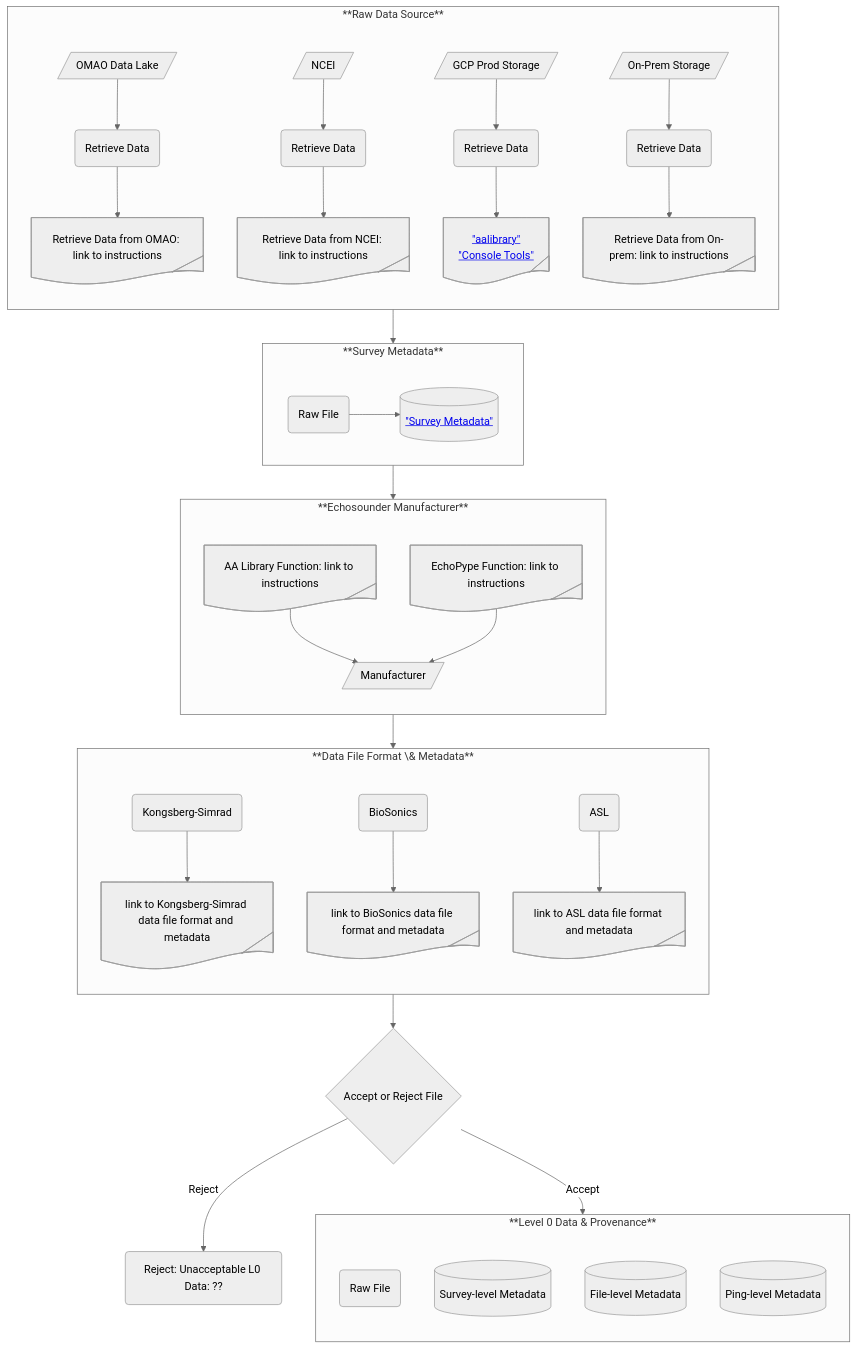
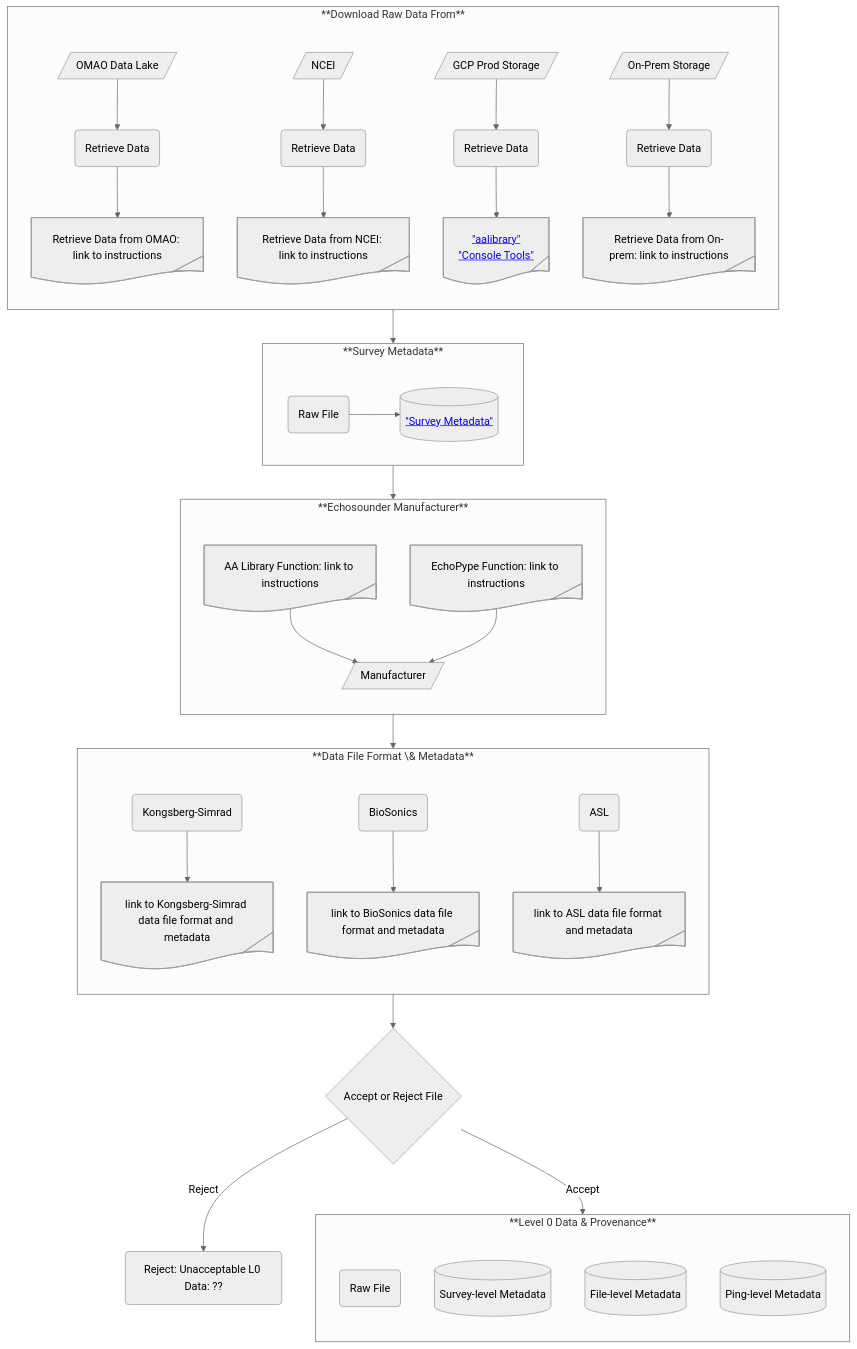
Before and after one commit to nmfs-ost/AA-SI_DataRoadMap: the first of 5 diagrams in README.md, drawn with Mermaid (neutral theme). The commit also changed other lines of this file, not shown here.

Commit message:
Add data level -1

````diff
--- a/README.md
+++ b/README.md
@@ -77,45 +83,45 @@
 ```mermaid
 ---
 config:
     flowchart:
         subGraphTitleMargin:
             "bottom": 30
 ---
 flowchart TB
-    subgraph SG_L0_DataSource["**Raw Data Source**"]
+    subgraph SG_L0_DataSource["**Download Raw Data From**"]
         direction TB
         node_L0_SrcOMAO@{shape: lean-r, label: "OMAO Data Lake"} --> node_L0_RTROMAO@{ shape: rounded, label: "Retrieve Data" } --> node_L0_OMAO@{ shape: tag-doc, label: "Retrieve Data from OMAO: link to instructions" }
         node_L0_SrcNCEI@{shape: lean-r, label: "NCEI"} --> node_L0_RTRNCEI@{ shape: rounded, label: "Retrieve Data" } --> node_L0_NCEI@{ shape: tag-doc, label: "Retrieve Data from NCEI: link to instructions" }
         node_L0_SrcGCP@{shape: lean-r, label: "GCP Prod Storage"} --> node_L0_RTRGCP@{ shape: rounded, label: "Retrieve Data" } --> node_L0_GCP@{ shape: tag-doc, label: <a href="https://nmfs-ost.github.io/AA-SI_aalibrary/documentation/aalibrary" target="_blank"> "aalibrary"</a><br> <a href="https://github.com/nmfs-ost/AA-SI_ConsoleTools" target="_blank"> "Console Tools" </a> }
         node_L0_SrcOP@{shape: lean-r, label: "On-Prem Storage"} --> node_L0_RTROP@{ shape: rounded, label: "Retrieve Data" } --> node_L0_OP@{ shape: tag-doc, label: "Retrieve Data from On-prem: link to instructions" }
         %%style node_SrcOMAO color:blue
     end
     subgraph SG_L0_SurveyMetaData["**Survey Metadata**"]
         direction LR
         node_L0_RF@{ shape: rounded, label: "Raw File" } --> node_L0_SMD@{ shape: database, label: <a href="https://console.cloud.google.com/bigquery?referrer=search&hl=en&invt=AbuwBQ&project=ggn-nmfs-aa-prod-1&rapt=AEjHL4OlTXzJnY9sYCgfXyE2O-JiDhka0a7L5x-wbqt9b1oGX4FYsSypa0yHTreTWIObb16IvbSrulruSRbU7J1RMJ_6Aw5owoIpWqU-wEbjaa8NZEvOt7A&ws=!1m6!1m5!4m3!1sggn-nmfs-aa-prod-1!2smetadata!3saalibrary_survey!23sTREE_NODE_SELECTION" target="_blank"> "Survey Metadata" </a> }
     end
     subgraph SG_L0_ESManufacturer["**Echosounder Manufacturer**"]
         direction TB
         node_L0_AL1@{shape: tag-doc, label: "AA Library Function: link to instructions"} --> node_L0_Man@{ shape: lean-r, label: "Manufacturer" }
         node_L0_AL2@{shape: tag-doc, label: "EchoPype Function: link to instructions"} --> node_L0_Man
     end
     subgraph SG_L0_ESMetaData["**Data File Format \& Metadata**"]
         direction TB
         node_L0_KS@{ shape: rounded, label: "Kongsberg-Simrad" } --> node_L0_KSMD@{ shape: tag-doc, label: "link to Kongsberg-Simrad data file format and metadata" }
         node_L0_BS@{ shape: rounded, label: "BioSonics" } --> node_L0_BSMD@{ shape: tag-doc, label: "link to BioSonics data file format and metadata" }
         node_L0_ASL@{ shape: rounded, label: "ASL" } --> node_L0_ASLMD@{ shape: tag-doc, label: "link to ASL data file format and metadata" }
     end
     subgraph SG_L0_Data["**Level 0 Data & Provenance**"]
         direction TB
         node_L0_RD@{ shape: rounded, label: "Raw File" }
         node_L0_SLMD@{ shape: database, label: "Survey-level Metadata" }
         node_L0_FLMD@{ shape: database, label: "File-level Metadata" }
         node_L0_PLMD@{ shape: database, label: "Ping-level Metadata" }
     end
     SG_L0_DataSource --> SG_L0_SurveyMetaData
     SG_L0_SurveyMetaData --> SG_L0_ESManufacturer
     SG_L0_ESManufacturer --> SG_L0_ESMetaData
     SG_L0_ESMetaData --> node_AcceptReject@{ shape: diamond, label: "Accept or Reject File" }
     node_AcceptReject --> |Accept| SG_L0_Data
     node_AcceptReject --> |Reject| node_Reject_L0@{ shape: rounded, label: "Reject: Unacceptable L0 Data: ??" }
 ```
````
